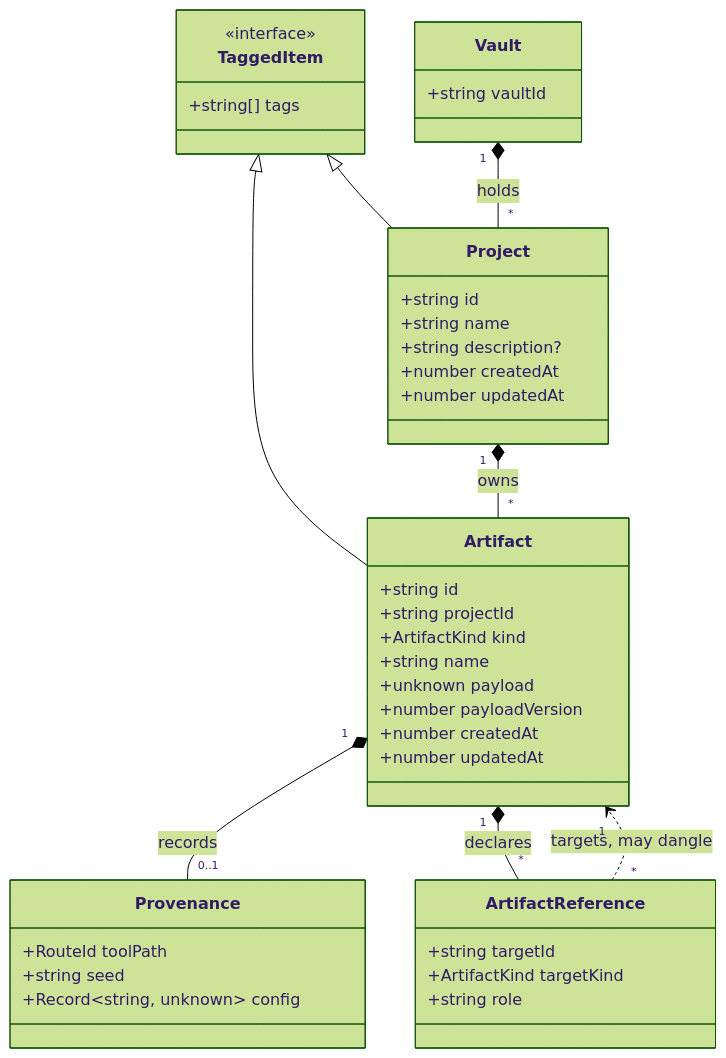
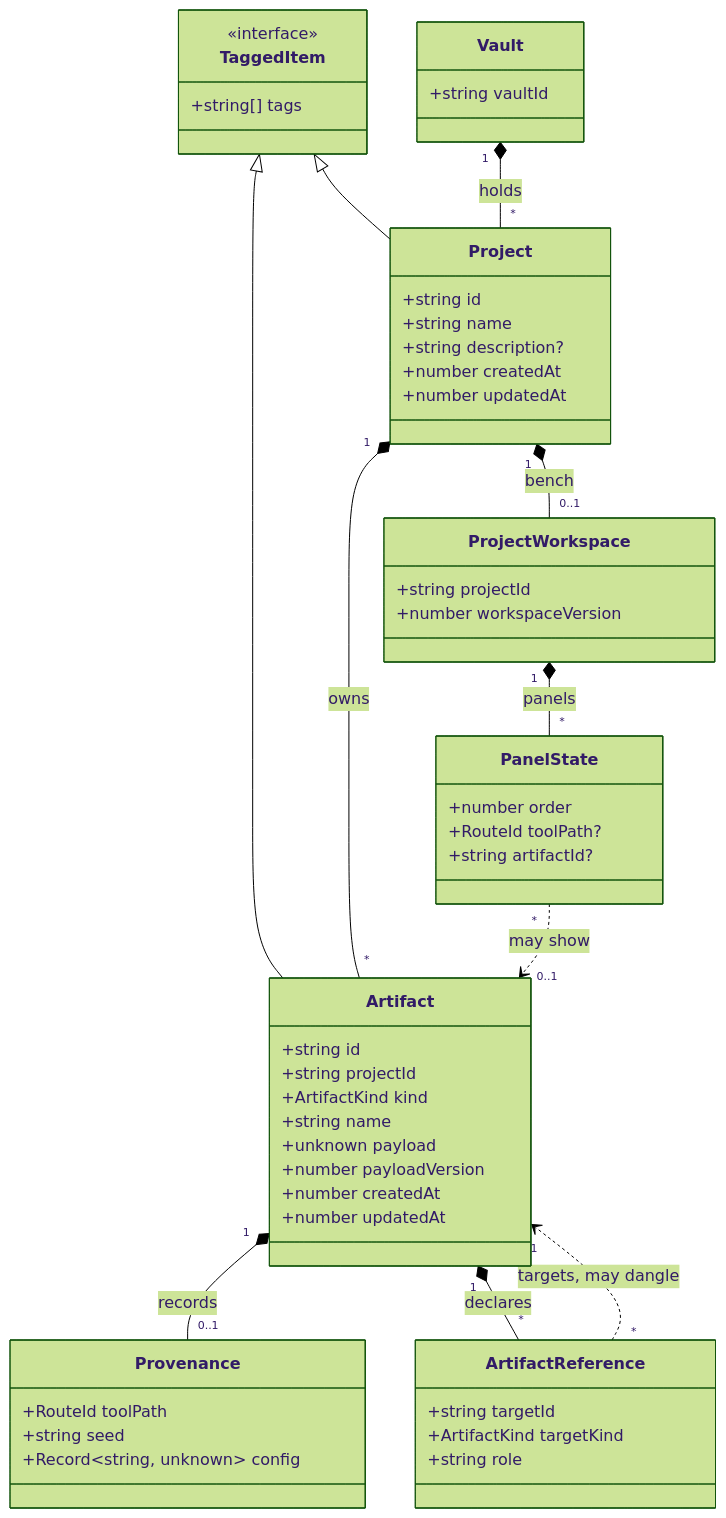
Before and after one commit to ironarachne/ironarachne: the second of 4 diagrams in docs/workshop.md, drawn with Mermaid (forest theme). The commit also changed other lines of this file, not shown here.

````diff
--- a/docs/workshop.md
+++ b/docs/workshop.md
@@ -459,45 +470,57 @@
 ```mermaid
 classDiagram
     class Vault {
         +string vaultId
     }
     class TaggedItem {
         <<interface>>
         +string[] tags
     }
     class Project {
         +string id
         +string name
         +string description?
         +number createdAt
         +number updatedAt
     }
     class Artifact {
         +string id
         +string projectId
         +ArtifactKind kind
         +string name
         +unknown payload
         +number payloadVersion
         +number createdAt
         +number updatedAt
     }
     class Provenance {
         +RouteId toolPath
         +string seed
         +Record~string, unknown~ config
     }
     class ArtifactReference {
         +string targetId
         +ArtifactKind targetKind
         +string role
     }
+    class ProjectWorkspace {
+        +string projectId
+        +number workspaceVersion
+    }
+    class PanelState {
+        +number order
+        +RouteId toolPath?
+        +string artifactId?
+    }
 
     TaggedItem <|-- Project
     TaggedItem <|-- Artifact
     Vault "1" *-- "*" Project : holds
     Project "1" *-- "*" Artifact : owns
+    Project "1" *-- "0..1" ProjectWorkspace : bench
+    ProjectWorkspace "1" *-- "*" PanelState : panels
     Artifact "1" *-- "0..1" Provenance : records
     Artifact "1" *-- "*" ArtifactReference : declares
     ArtifactReference "*" ..> "1" Artifact : targets, may dangle
+    PanelState "*" ..> "0..1" Artifact : may show
 ```
````
